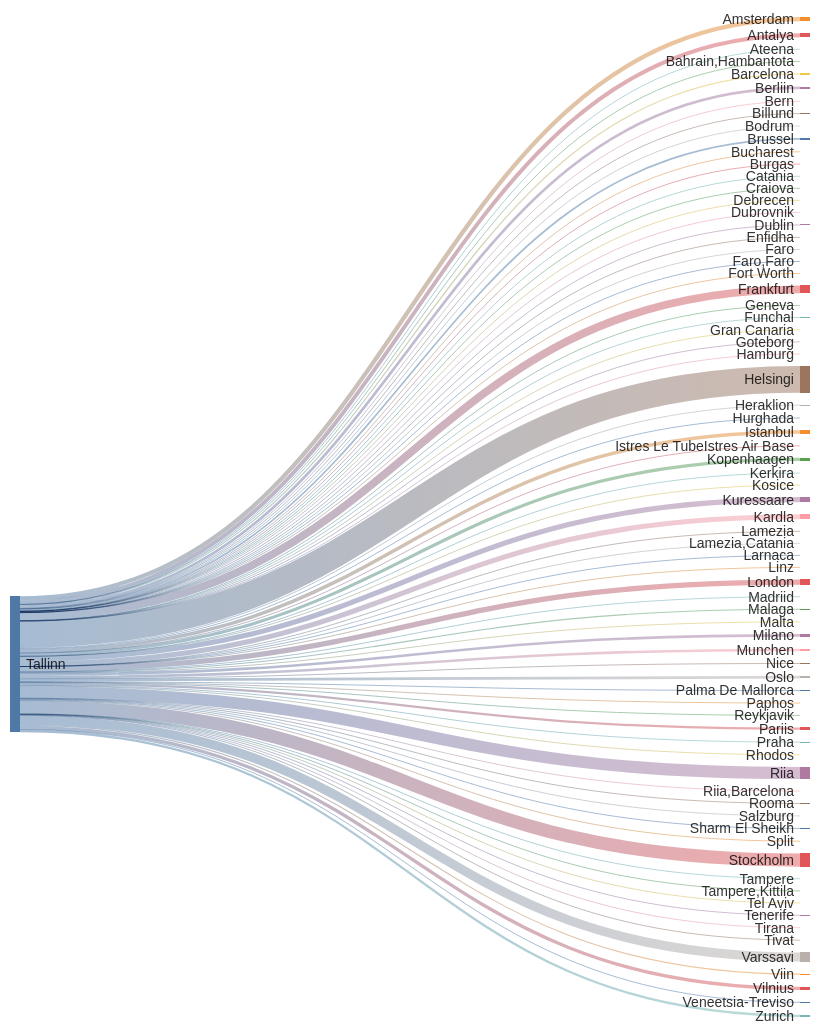
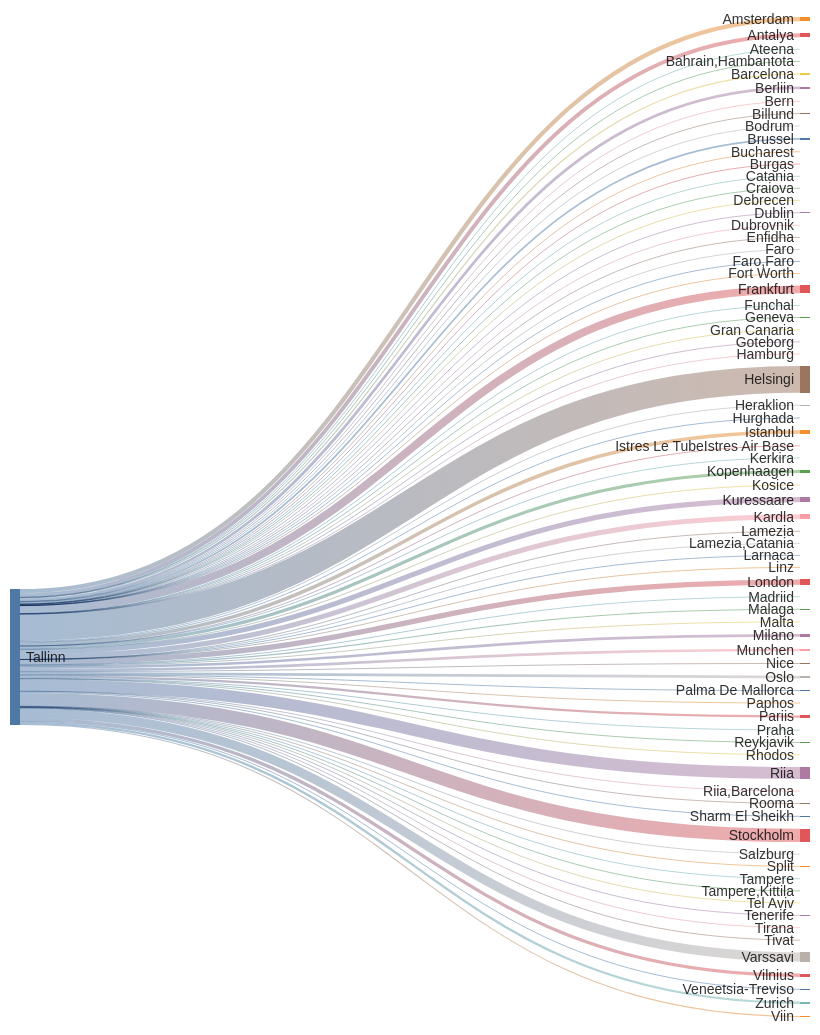
Before and after one commit to rainermesi/tll-airport-departures: the second of 2 diagrams in README.md, drawn with Mermaid. The commit also changed other lines of this file and 1 other file, not shown here.

````diff
--- a/README.md
+++ b/README.md
@@ -41,18 +41,18 @@
 ---
 sankey-beta
 %% source,target,value
-Tallinn,Amsterdam,431
-Tallinn,Antalya,400
+Tallinn,Amsterdam,433
+Tallinn,Antalya,401
 Tallinn,Ateena,16
 Tallinn,"Bahrain,Hambantota",1
 Tallinn,Barcelona,121
-Tallinn,Berliin,276
+Tallinn,Berliin,278
 Tallinn,Bern,1
 Tallinn,Billund,70
 Tallinn,Bodrum,11
 Tallinn,Brussel,173
 Tallinn,Bucharest,1
-Tallinn,Burgas,47
+Tallinn,Burgas,48
 Tallinn,Catania,2
 Tallinn,Craiova,1
 Tallinn,Debrecen,1
@@ -62,58 +62,58 @@
 Tallinn,Faro,4
 Tallinn,"Faro,Faro",1
 Tallinn,Fort Worth,1
-Tallinn,Frankfurt,801
+Tallinn,Frankfurt,804
 Tallinn,Funchal,5
 Tallinn,Geneva,13
 Tallinn,Gran Canaria,38
 Tallinn,Goteborg,2
 Tallinn,Hamburg,2
-Tallinn,Helsingi,2719
-Tallinn,Heraklion,85
+Tallinn,Helsingi,2728
+Tallinn,Heraklion,86
 Tallinn,Hurghada,75
-Tallinn,Istanbul,356
+Tallinn,Istanbul,357
 Tallinn,Istres Le TubeIstres Air Base,2
 Tallinn,Kerkira,4
-Tallinn,Kopenhaagen,325
+Tallinn,Kopenhaagen,326
 Tallinn,Kosice,1
-Tallinn,Kuressaare,517
-Tallinn,Kardla,517
+Tallinn,Kuressaare,519
+Tallinn,Kardla,519
 Tallinn,Lamezia,1
 Tallinn,"Lamezia,Catania",3
 Tallinn,Larnaca,4
 Tallinn,Linz,2
-Tallinn,London,537
+Tallinn,London,538
 Tallinn,Madriid,2
 Tallinn,Malaga,108
 Tallinn,Malta,25
-Tallinn,Milano,264
-Tallinn,Munchen,267
-Tallinn,Nice,44
-Tallinn,Oslo,277
+Tallinn,Milano,265
+Tallinn,Munchen,269
+Tallinn,Nice,45
+Tallinn,Oslo,278
 Tallinn,Palma De Mallorca,29
 Tallinn,Paphos,66
-Tallinn,Pariis,231
+Tallinn,Pariis,232
 Tallinn,Praha,75
-Tallinn,Reykjavik,12
+Tallinn,Reykjavik,13
 Tallinn,Rhodos,52
-Tallinn,Riia,1219
+Tallinn,Riia,1223
 Tallinn,"Riia,Barcelona",1
 Tallinn,Rooma,80
 Tallinn,Salzburg,14
 Tallinn,Sharm El Sheikh,99
 Tallinn,Split,45
-Tallinn,Stockholm,1342
+Tallinn,Stockholm,1346
 Tallinn,Tampere,17
 Tallinn,"Tampere,Kittila",21
 Tallinn,Tel Aviv,2
 Tallinn,Tenerife,58
 Tallinn,Tirana,26
 Tallinn,Tivat,55
-Tallinn,Varssavi,936
+Tallinn,Varssavi,939
 Tallinn,Veneetsia-Treviso,67
 Tallinn,Viin,106
-Tallinn,Vilnius,336
-Tallinn,Zurich,237
+Tallinn,Vilnius,338
+Tallinn,Zurich,238
 
 
 ```
````
